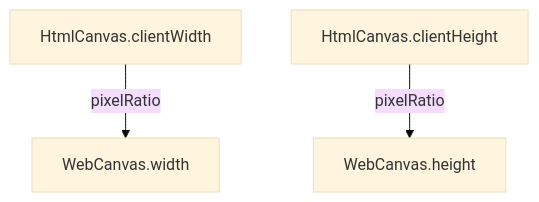
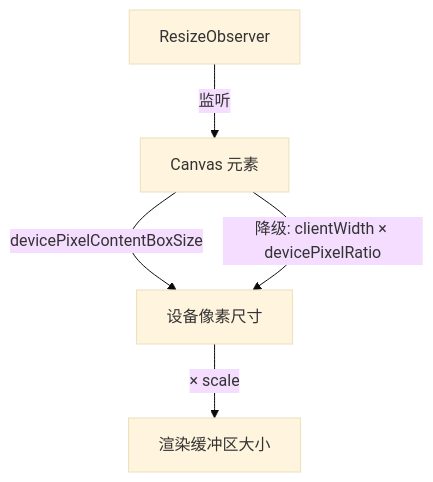
Before and after one commit to galacean/engine: the diagram in docs/zh/core/canvas.mdx, drawn with Mermaid (base theme). The commit also changed other lines of this file and 7 other files, not shown here.

````diff
--- a/docs/zh/core/canvas.mdx
+++ b/docs/zh/core/canvas.mdx
@@ -34,5 +83,7 @@
 ```mermaid
 flowchart TD
-    A[HtmlCanvas.clientWidth] -->|pixelRatio| B[WebCanvas.width]
-    C[HtmlCanvas.clientHeight] -->|pixelRatio| D[WebCanvas.height]
+    A[ResizeObserver] -->|监听| B[Canvas 元素]
+    B -->|devicePixelContentBoxSize| C[设备像素尺寸]
+    B -->|降级: clientWidth × devicePixelRatio| C
+    C -->|× scale| D[渲染缓冲区大小]
 ```
````
